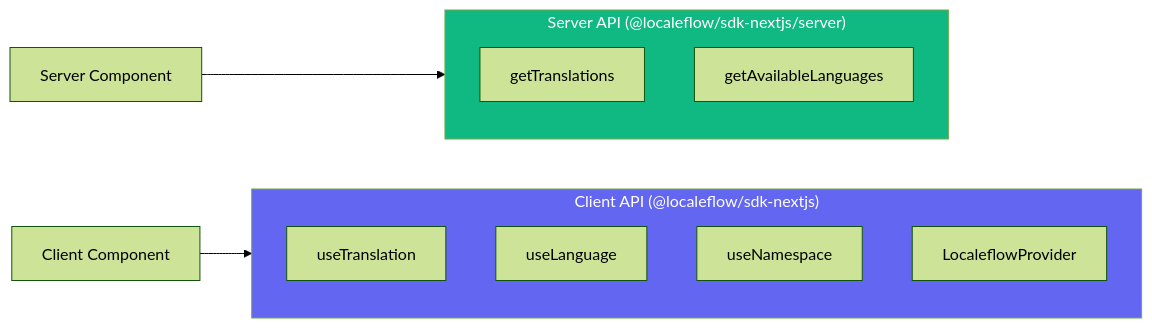
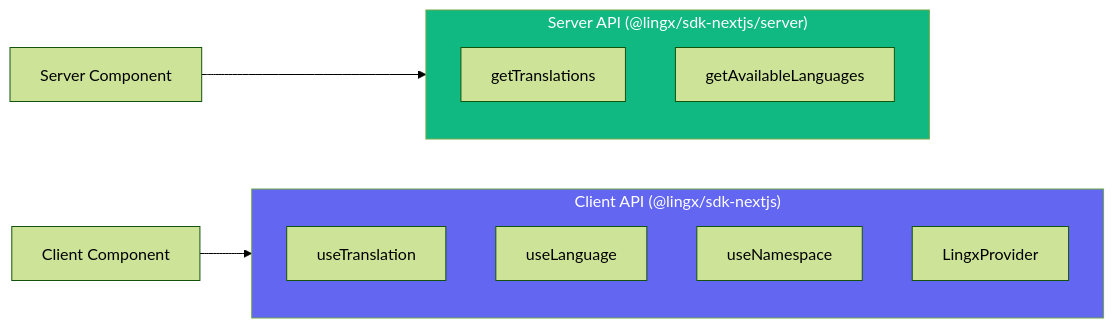
One commit to VinniZP/lingx changed the second of 2 diagrams in packages/sdk-nextjs/docs/server-side.md. Above: the diagram before and after it, drawn with Mermaid (forest theme). The commit also changed other lines of this file and 322 other files, not shown here.

````diff
--- a/packages/sdk-nextjs/docs/server-side.md
+++ b/packages/sdk-nextjs/docs/server-side.md
@@ -37,22 +37,22 @@
 ```mermaid
 flowchart LR
-    subgraph ServerAPI["Server API (@localeflow/sdk-nextjs/server)"]
+    subgraph ServerAPI["Server API (@lingx/sdk-nextjs/server)"]
         direction TB
         GT2[getTranslations]
         GAL2[getAvailableLanguages]
     end
 
-    subgraph ClientAPI["Client API (@localeflow/sdk-nextjs)"]
+    subgraph ClientAPI["Client API (@lingx/sdk-nextjs)"]
         direction TB
         useT[useTranslation]
         useL[useLanguage]
         useN[useNamespace]
-        LFP[LocaleflowProvider]
+        LFP[LingxProvider]
     end
 
     RSC2[Server Component] --> ServerAPI
     CC2[Client Component] --> ClientAPI
 
     style ServerAPI fill:#10b981,color:#fff
     style ClientAPI fill:#6366f1,color:#fff
 ```
````
